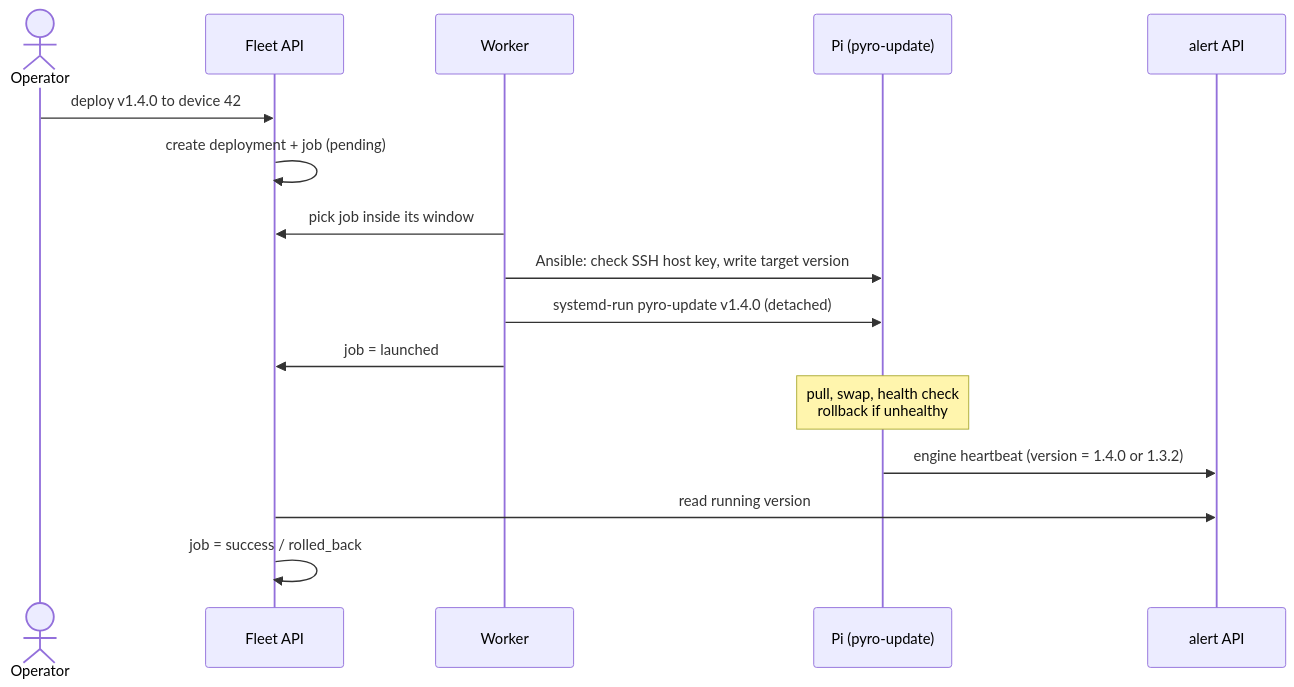
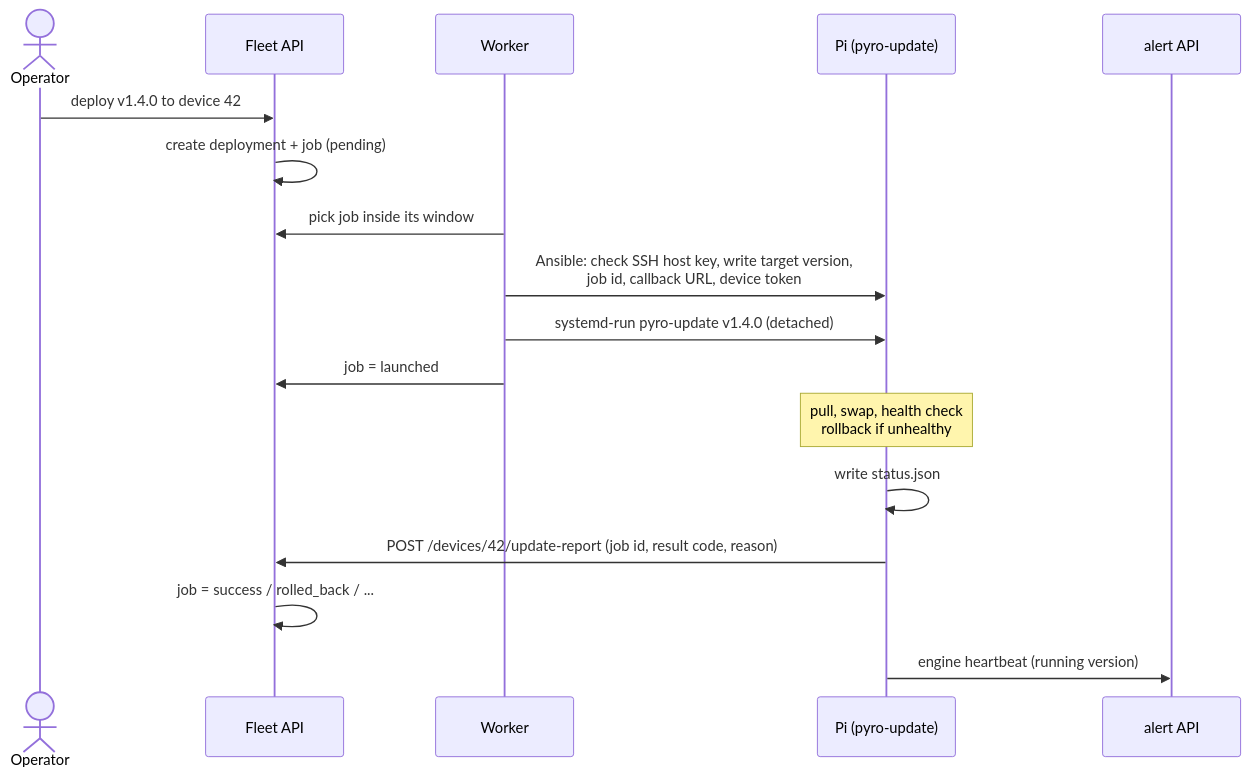
The fifth of 12 diagrams in docs/ADR/fleet-api.md (pyronear/pi-manager-template), drawn with Mermaid before and after one commit. The commit also changed other lines of this file, not shown here.

First line of the commit message:
docs(adr): Pi reports each update result back to the Fleet API

````diff
--- a/docs/ADR/fleet-api.md
+++ b/docs/ADR/fleet-api.md
@@ -177,19 +179,20 @@
 ```mermaid
 sequenceDiagram
     actor Op as Operator
     participant F as Fleet API
     participant W as Worker
     participant Pi as Pi (pyro-update)
     participant A as alert API
 
     Op->>F: deploy v1.4.0 to device 42
     F->>F: create deployment + job (pending)
     W->>F: pick job inside its window
-    W->>Pi: Ansible: check SSH host key, write target version
+    W->>Pi: Ansible: check SSH host key, write target version,<br/>job id, callback URL, device token
     W->>Pi: systemd-run pyro-update v1.4.0 (detached)
     W->>F: job = launched
     Note over Pi: pull, swap, health check<br/>rollback if unhealthy
-    Pi->>A: engine heartbeat (version = 1.4.0 or 1.3.2)
-    F->>A: read running version
-    F->>F: job = success / rolled_back
+    Pi->>Pi: write status.json
+    Pi->>F: POST /devices/42/update-report (job id, result code, reason)
+    F->>F: job = success / rolled_back / ...
+    Pi->>A: engine heartbeat (running version)
 ```
````
